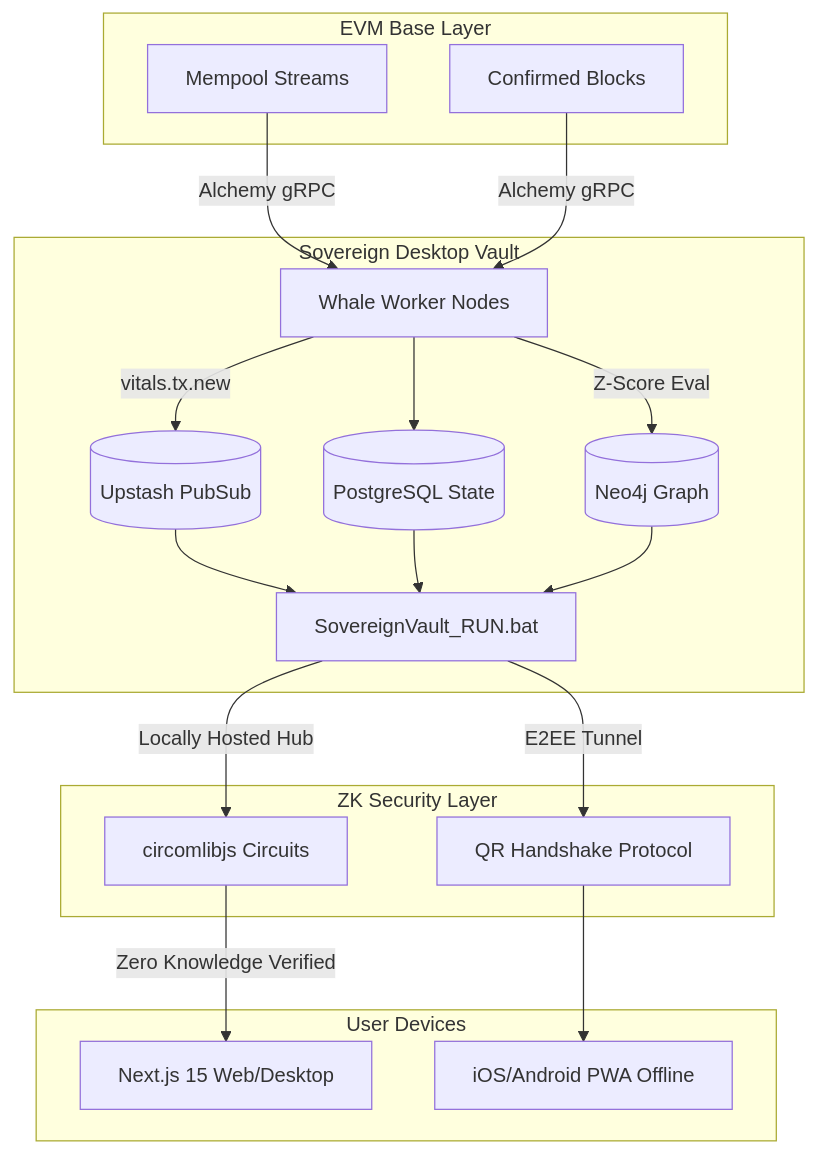
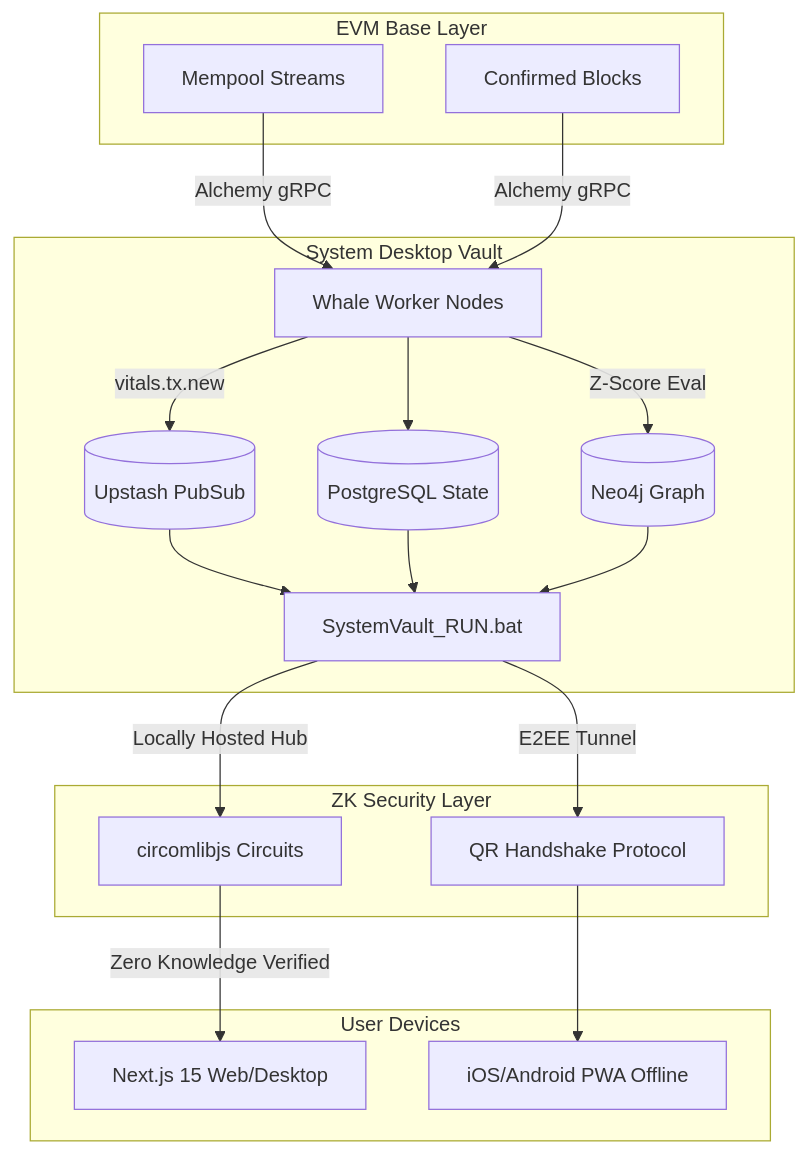
One commit to atfortyseven-creations/whalecosystem changed the diagram in MASTER_ARCHITECTURE.md. Above: the diagram before and after it, drawn with Mermaid. The commit also changed other lines of this file and 1216 other files, not shown here.

````diff
--- a/MASTER_ARCHITECTURE.md
+++ b/MASTER_ARCHITECTURE.md
@@ -12,40 +12,40 @@
 ```mermaid
 graph TD
     subgraph EVM Base Layer
         Mem[Mempool Streams]
         Blk[Confirmed Blocks]
     end
 
-    subgraph Sovereign Desktop Vault
-        Daemon[SovereignVault_RUN.bat]
+    subgraph System Desktop Vault
+        Daemon[SystemVault_RUN.bat]
         Wrk[Whale Worker Nodes]
         Prisma[(PostgreSQL State)]
         Neo[(Neo4j Graph)]
         Redis[(Upstash PubSub)]
     end
 
     subgraph ZK Security Layer
         Cir[circomlibjs Circuits]
         Hnd[QR Handshake Protocol]
     end
 
     subgraph User Devices
         Nxt[Next.js 15 Web/Desktop]
         Pwa[iOS/Android PWA Offline]
     end
 
     Mem -->|Alchemy gRPC| Wrk
     Blk -->|Alchemy gRPC| Wrk
     Wrk -->|Z-Score Eval| Neo
     Wrk --> Prisma
     Wrk -->|vitals.tx.new| Redis
     
     Redis --> Daemon
     Prisma --> Daemon
     Neo --> Daemon
 
     Daemon -->|Locally Hosted Hub| Cir
     Cir -->|Zero Knowledge Verified| Nxt
     Daemon -->|E2EE Tunnel| Hnd
     Hnd --> Pwa
 ```
````
